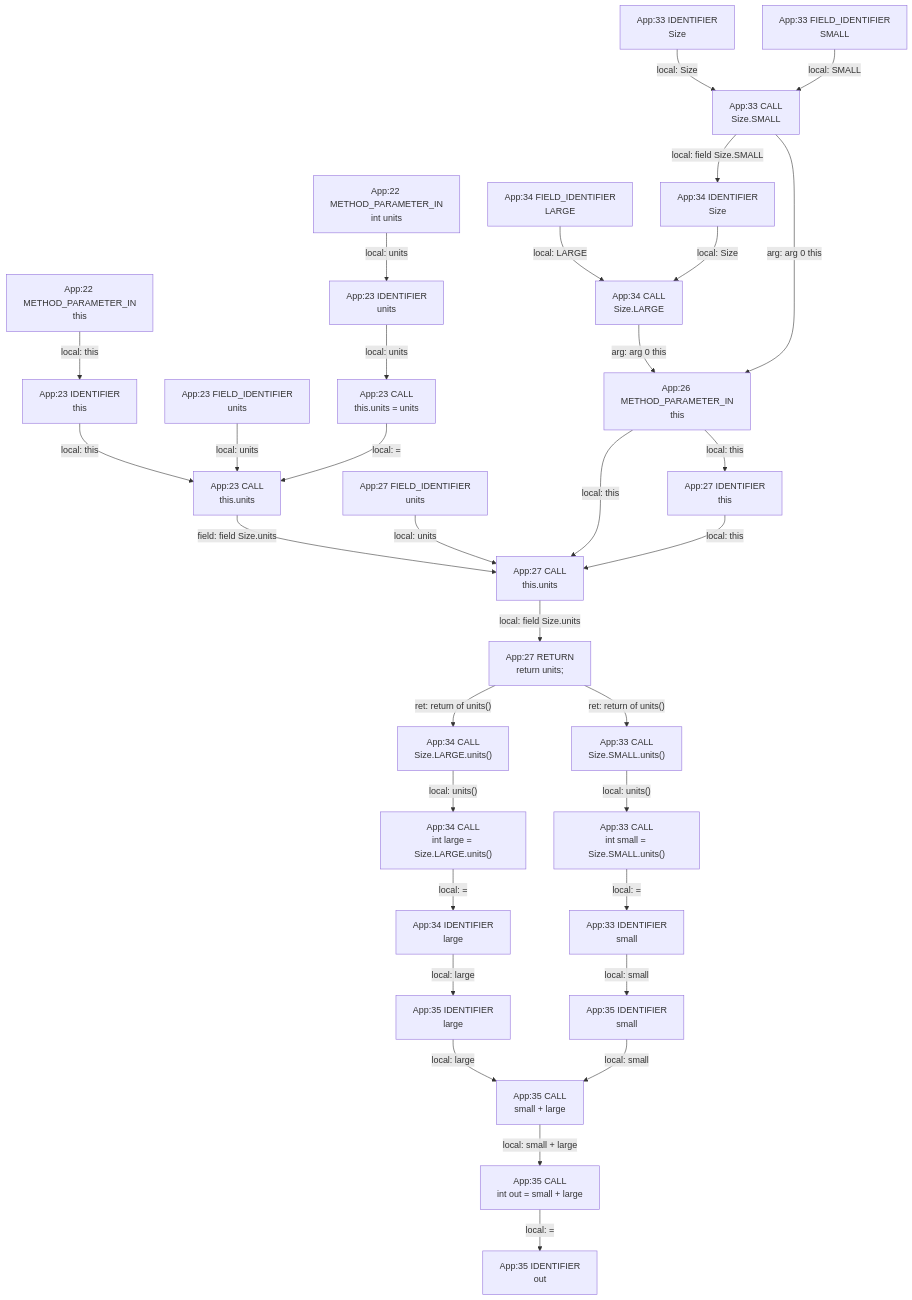
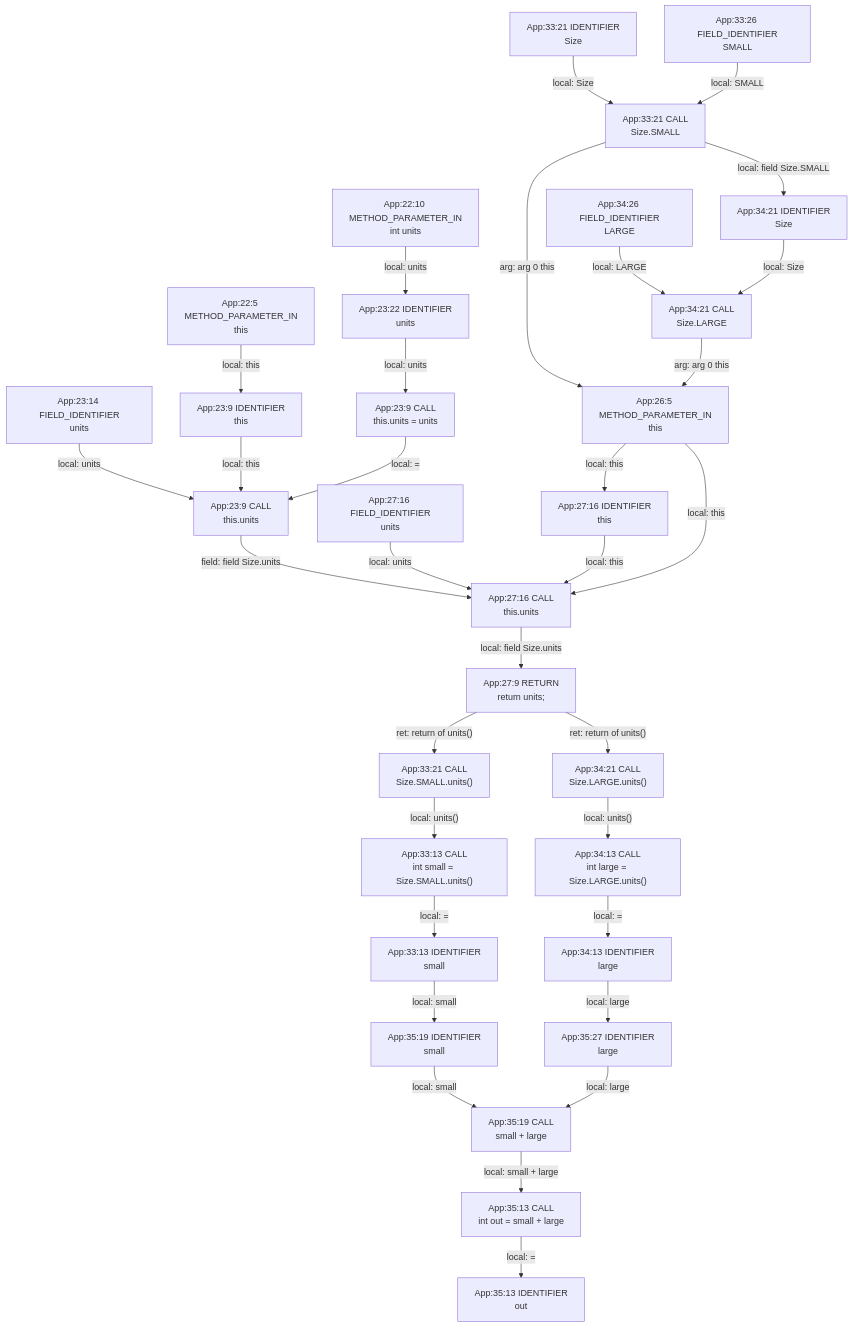
Before and after one commit to gstiebler/codeflow: the diagram in app/src/test/resources/enumConstructor/spike-truth.md, drawn with Mermaid. The commit also changed 154 other files, not shown here.

````diff
--- a/app/src/test/resources/enumConstructor/spike-truth.md
+++ b/app/src/test/resources/enumConstructor/spike-truth.md
@@ -3,63 +3,63 @@
 ```mermaid
 flowchart TD
-  n0["App:22 METHOD_PARAMETER_IN<br/>int units"]
-  n1["App:22 METHOD_PARAMETER_IN<br/>this"]
-  n2["App:23 CALL<br/>this.units"]
-  n3["App:23 CALL<br/>this.units = units"]
-  n4["App:23 FIELD_IDENTIFIER<br/>units"]
-  n5["App:23 IDENTIFIER<br/>this"]
-  n6["App:23 IDENTIFIER<br/>units"]
-  n7["App:26 METHOD_PARAMETER_IN<br/>this"]
-  n8["App:27 CALL<br/>this.units"]
-  n9["App:27 FIELD_IDENTIFIER<br/>units"]
-  n10["App:27 IDENTIFIER<br/>this"]
-  n11["App:27 RETURN<br/>return units;"]
-  n12["App:33 CALL<br/>Size.SMALL"]
-  n13["App:33 CALL<br/>Size.SMALL.units()"]
-  n14["App:33 CALL<br/>int small = Size.SMALL.units()"]
-  n15["App:33 FIELD_IDENTIFIER<br/>SMALL"]
-  n16["App:33 IDENTIFIER<br/>Size"]
-  n17["App:33 IDENTIFIER<br/>small"]
-  n18["App:34 CALL<br/>Size.LARGE"]
-  n19["App:34 CALL<br/>Size.LARGE.units()"]
-  n20["App:34 CALL<br/>int large = Size.LARGE.units()"]
-  n21["App:34 FIELD_IDENTIFIER<br/>LARGE"]
-  n22["App:34 IDENTIFIER<br/>Size"]
-  n23["App:34 IDENTIFIER<br/>large"]
-  n24["App:35 CALL<br/>int out = small + large"]
-  n25["App:35 CALL<br/>small + large"]
-  n26["App:35 IDENTIFIER<br/>large"]
-  n27["App:35 IDENTIFIER<br/>out"]
-  n28["App:35 IDENTIFIER<br/>small"]
-  n0 -->|"local: units"| n6
-  n1 -->|"local: this"| n5
+  n0["App:22:10 METHOD_PARAMETER_IN<br/>int units"]
+  n1["App:22:5 METHOD_PARAMETER_IN<br/>this"]
+  n2["App:23:14 FIELD_IDENTIFIER<br/>units"]
+  n3["App:23:22 IDENTIFIER<br/>units"]
+  n4["App:23:9 CALL<br/>this.units"]
+  n5["App:23:9 CALL<br/>this.units = units"]
+  n6["App:23:9 IDENTIFIER<br/>this"]
+  n7["App:26:5 METHOD_PARAMETER_IN<br/>this"]
+  n8["App:27:16 CALL<br/>this.units"]
+  n9["App:27:16 FIELD_IDENTIFIER<br/>units"]
+  n10["App:27:16 IDENTIFIER<br/>this"]
+  n11["App:27:9 RETURN<br/>return units;"]
+  n12["App:33:13 CALL<br/>int small = Size.SMALL.units()"]
+  n13["App:33:13 IDENTIFIER<br/>small"]
+  n14["App:33:21 CALL<br/>Size.SMALL"]
+  n15["App:33:21 CALL<br/>Size.SMALL.units()"]
+  n16["App:33:21 IDENTIFIER<br/>Size"]
+  n17["App:33:26 FIELD_IDENTIFIER<br/>SMALL"]
+  n18["App:34:13 CALL<br/>int large = Size.LARGE.units()"]
+  n19["App:34:13 IDENTIFIER<br/>large"]
+  n20["App:34:21 CALL<br/>Size.LARGE"]
+  n21["App:34:21 CALL<br/>Size.LARGE.units()"]
+  n22["App:34:21 IDENTIFIER<br/>Size"]
+  n23["App:34:26 FIELD_IDENTIFIER<br/>LARGE"]
+  n24["App:35:13 CALL<br/>int out = small + large"]
+  n25["App:35:13 IDENTIFIER<br/>out"]
+  n26["App:35:19 CALL<br/>small + large"]
+  n27["App:35:19 IDENTIFIER<br/>small"]
+  n28["App:35:27 IDENTIFIER<br/>large"]
+  n0 -->|"local: units"| n3
+  n1 -->|"local: this"| n6
   n10 -->|"local: this"| n8
-  n11 -->|"ret: return of units()"| n13
-  n11 -->|"ret: return of units()"| n19
-  n12 -->|"arg: arg 0 this"| n7
-  n12 -->|"local: field Size.SMALL"| n22
-  n13 -->|"local: units()"| n14
-  n14 -->|"local: ="| n17
-  n15 -->|"local: SMALL"| n12
-  n16 -->|"local: Size"| n12
-  n17 -->|"local: small"| n28
-  n18 -->|"arg: arg 0 this"| n7
-  n19 -->|"local: units()"| n20
-  n2 -->|"field: field Size.units"| n8
-  n20 -->|"local: ="| n23
-  n21 -->|"local: LARGE"| n18
-  n22 -->|"local: Size"| n18
-  n23 -->|"local: large"| n26
-  n24 -->|"local: ="| n27
-  n25 -->|"local: small + large"| n24
-  n26 -->|"local: large"| n25
-  n28 -->|"local: small"| n25
-  n3 -->|"local: ="| n2
-  n4 -->|"local: units"| n2
-  n5 -->|"local: this"| n2
-  n6 -->|"local: units"| n3
+  n11 -->|"ret: return of units()"| n15
+  n11 -->|"ret: return of units()"| n21
+  n12 -->|"local: ="| n13
+  n13 -->|"local: small"| n27
+  n14 -->|"arg: arg 0 this"| n7
+  n14 -->|"local: field Size.SMALL"| n22
+  n15 -->|"local: units()"| n12
+  n16 -->|"local: Size"| n14
+  n17 -->|"local: SMALL"| n14
+  n18 -->|"local: ="| n19
+  n19 -->|"local: large"| n28
+  n2 -->|"local: units"| n4
+  n20 -->|"arg: arg 0 this"| n7
+  n21 -->|"local: units()"| n18
+  n22 -->|"local: Size"| n20
+  n23 -->|"local: LARGE"| n20
+  n24 -->|"local: ="| n25
+  n26 -->|"local: small + large"| n24
+  n27 -->|"local: small"| n26
+  n28 -->|"local: large"| n26
+  n3 -->|"local: units"| n5
+  n4 -->|"field: field Size.units"| n8
+  n5 -->|"local: ="| n4
+  n6 -->|"local: this"| n4
   n7 -->|"local: this"| n10
   n7 -->|"local: this"| n8
   n8 -->|"local: field Size.units"| n11
   n9 -->|"local: units"| n8
 ```
````
